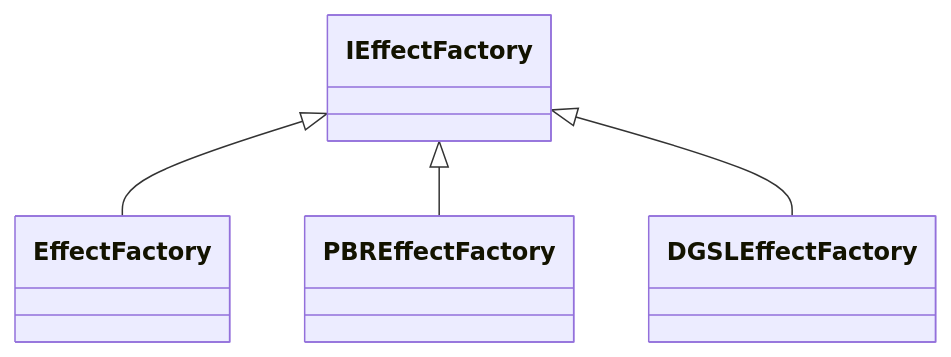
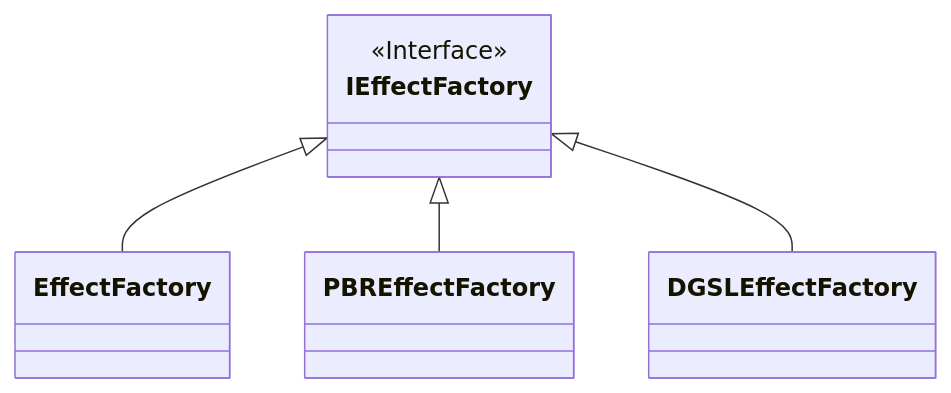
One commit to neogrammer/Wiki changed the diagram in EffectFactory.md. Above: the diagram before and after it, drawn with Mermaid.

Commit message:
Updated EffectFactory (markdown)

````diff
--- a/EffectFactory.md
+++ b/EffectFactory.md
@@ -8,10 +8,11 @@
 ```mermaid
 classDiagram
 class IEffectFactory
+<<Interface>> IEffectFactory
 class EffectFactory
 IEffectFactory <|-- EffectFactory
 class PBREffectFactory
 IEffectFactory <|-- PBREffectFactory
 class DGSLEffectFactory
 IEffectFactory <|-- DGSLEffectFactory
 ```
````
